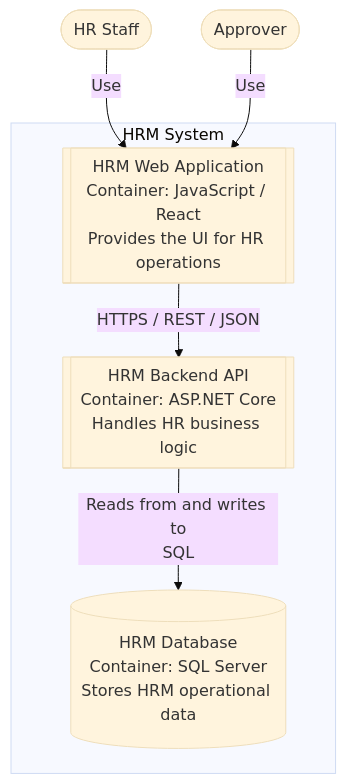
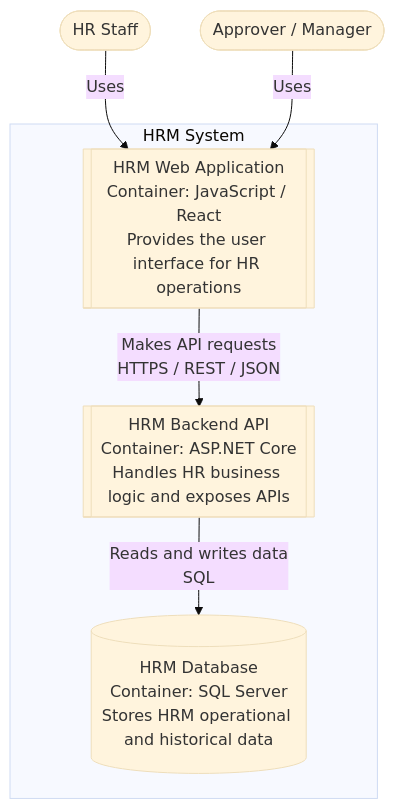
One commit to sang2197/QuanLyNhanSu-NguyenVanSang changed the second of 4 diagrams in README.md. Above: the diagram before and after it, drawn with Mermaid (base theme). The commit also changed other lines of this file and 30 other files, not shown here.

````diff
--- a/README.md
+++ b/README.md
@@ -112,16 +112,16 @@
 ```mermaid
 flowchart TB
     HR([HR Staff])
-    APR([Approver])
+    APR([Approver / Manager])
 
     subgraph HRM["HRM System"]
-        WEB[["HRM Web Application<br/>Container: JavaScript / React<br/>Provides the UI for HR operations"]]
-        API[["HRM Backend API<br/>Container: ASP.NET Core<br/>Handles HR business logic"]]
-        DB[("HRM Database<br/>Container: SQL Server<br/>Stores HRM operational data")]
+        WEB[["HRM Web Application<br/>Container: JavaScript / React<br/>Provides the user interface for HR operations"]]
+        API[["HRM Backend API<br/>Container: ASP.NET Core<br/>Handles HR business logic and exposes APIs"]]
+        DB[("HRM Database<br/>Container: SQL Server<br/>Stores HRM operational and historical data")]
     end
 
-    HR -->|Use| WEB
-    APR -->|Use| WEB
-    WEB -->|HTTPS / REST / JSON| API
-    API -->|Reads from and writes to<br/>SQL| DB
+    HR -->|Uses| WEB
+    APR -->|Uses| WEB
+    WEB -->|Makes API requests<br/>HTTPS / REST / JSON| API
+    API -->|Reads and writes data<br/>SQL| DB
 ```
````
